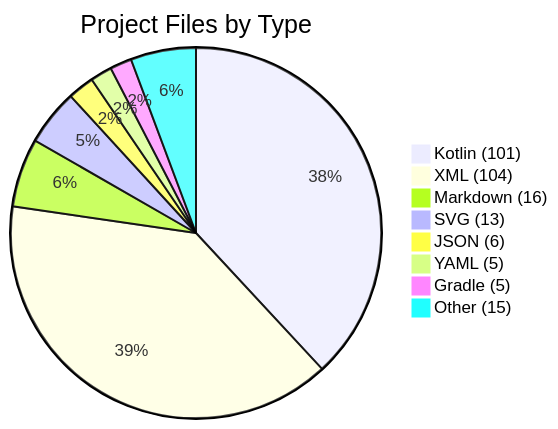
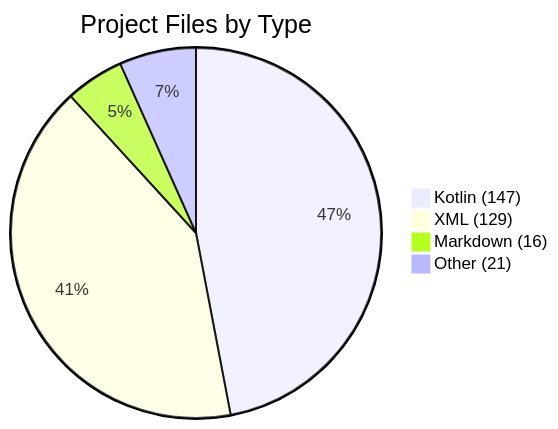
The first of 2 diagrams in docs/PROJECT_ANALYSIS.md (hossain-khan/trmnl-android-buddy), drawn with Mermaid before and after one commit. The commit also changed other lines of this file, not shown here.

````diff
--- a/docs/PROJECT_ANALYSIS.md
+++ b/docs/PROJECT_ANALYSIS.md
@@ -151,11 +49,7 @@
 ```mermaid
 pie title Project Files by Type
-    "Kotlin (101)" : 38.1
-    "XML (104)" : 39.2
-    "Markdown (16)" : 6.0
-    "SVG (13)" : 4.9
-    "JSON (6)" : 2.3
-    "YAML (5)" : 1.9
-    "Gradle (5)" : 1.9
-    "Other (15)" : 5.7
+    "Kotlin (147)" : 47.0
+    "XML (129)" : 41.2
+    "Markdown (16)" : 5.1
+    "Other (21)" : 6.7
 ```
````
